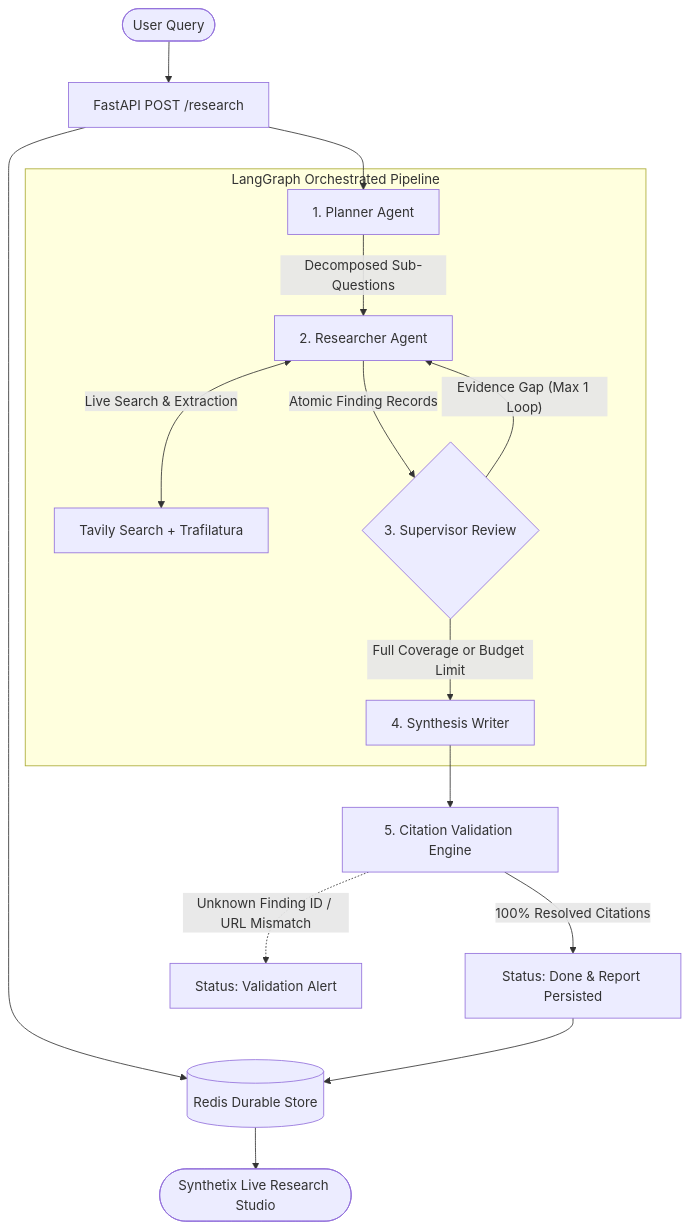
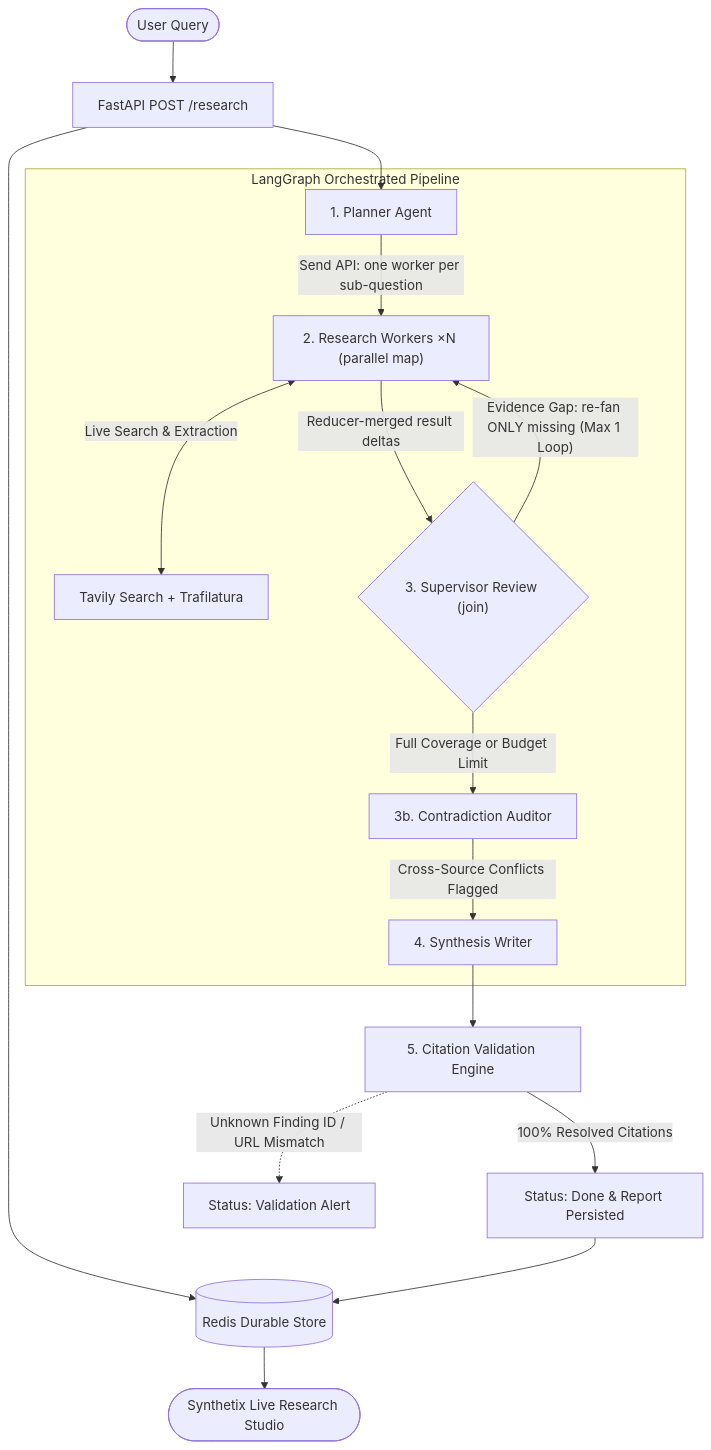
The diagram in README.md (subikshabamboo/Synthetix), drawn with Mermaid before and after one commit. The commit also changed other lines of this file and 11 other files, not shown here.

First line of the commit message:
feat(pipeline): parallel researcher fan-out and cross-source contradiction auditor

````diff
--- a/README.md
+++ b/README.md
@@ -31,22 +33,23 @@
 ```mermaid
 flowchart TD
     User(["User Query"]) --> API["FastAPI POST /research"]
     API --> Redis[("Redis Durable Store")]
     API --> PlanNode["1. Planner Agent"]
     
     subgraph Execution_Pipeline ["LangGraph Orchestrated Pipeline"]
-        PlanNode -->|"Decomposed Sub-Questions"| ResNode["2. Researcher Agent"]
-        ResNode <-->|"Live Search & Extraction"| Tavily["Tavily Search + Trafilatura"]
-        ResNode -->|"Atomic Finding Records"| SupNode{"3. Supervisor Review"}
+        PlanNode -->|"Send API: one worker per sub-question"| Workers["2. Research Workers ×N (parallel map)"]
+        Workers <-->|"Live Search & Extraction"| Tavily["Tavily Search + Trafilatura"]
+        Workers -->|"Reducer-merged result deltas"| SupNode{"3. Supervisor Review (join)"}
         
-        SupNode -->|"Evidence Gap (Max 1 Loop)"| ResNode
-        SupNode -->|"Full Coverage or Budget Limit"| WriteNode["4. Synthesis Writer"]
+        SupNode -->|"Evidence Gap: re-fan ONLY missing (Max 1 Loop)"| Workers
+        SupNode -->|"Full Coverage or Budget Limit"| AudNode["3b. Contradiction Auditor"]
+        AudNode -->|"Cross-Source Conflicts Flagged"| WriteNode["4. Synthesis Writer"]
     end
 
     WriteNode --> ValNode["5. Citation Validation Engine"]
     ValNode -->|"100% Resolved Citations"| Done["Status: Done & Report Persisted"]
     ValNode -.->|"Unknown Finding ID / URL Mismatch"| Alert["Status: Validation Alert"]
     
     Done --> Redis
     Redis --> UI(["Synthetix Live Research Studio"])
 ```
````
